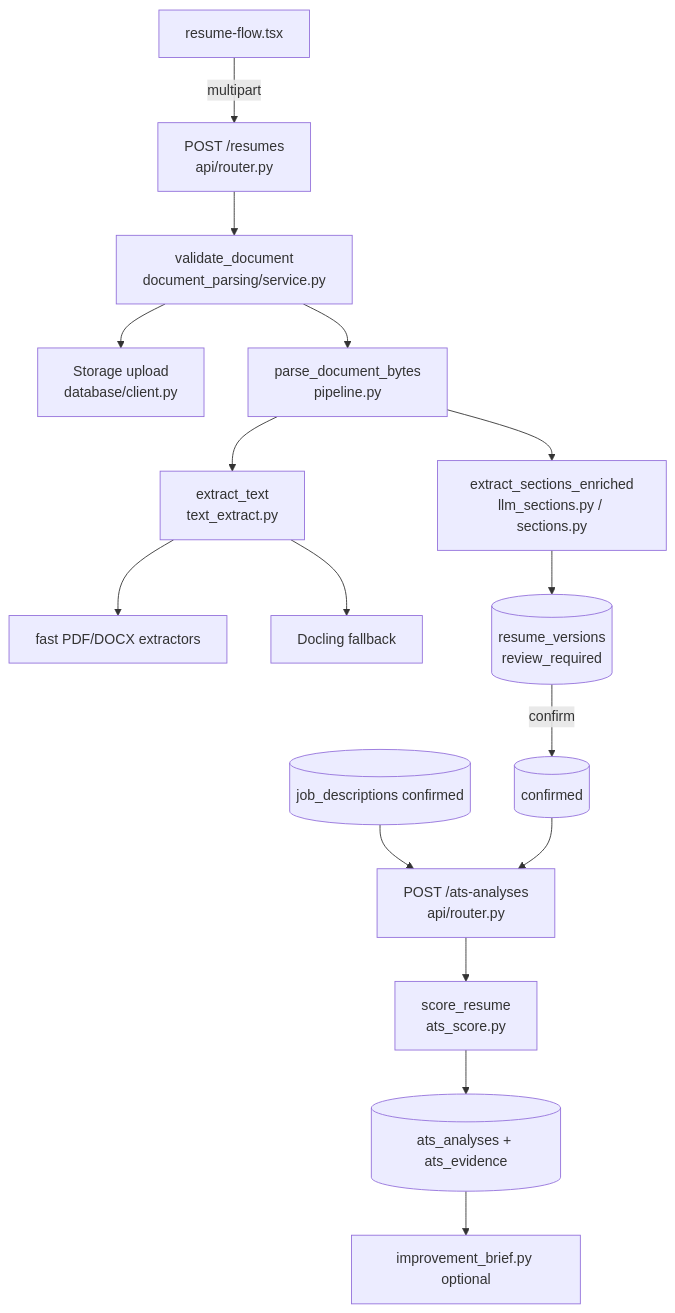
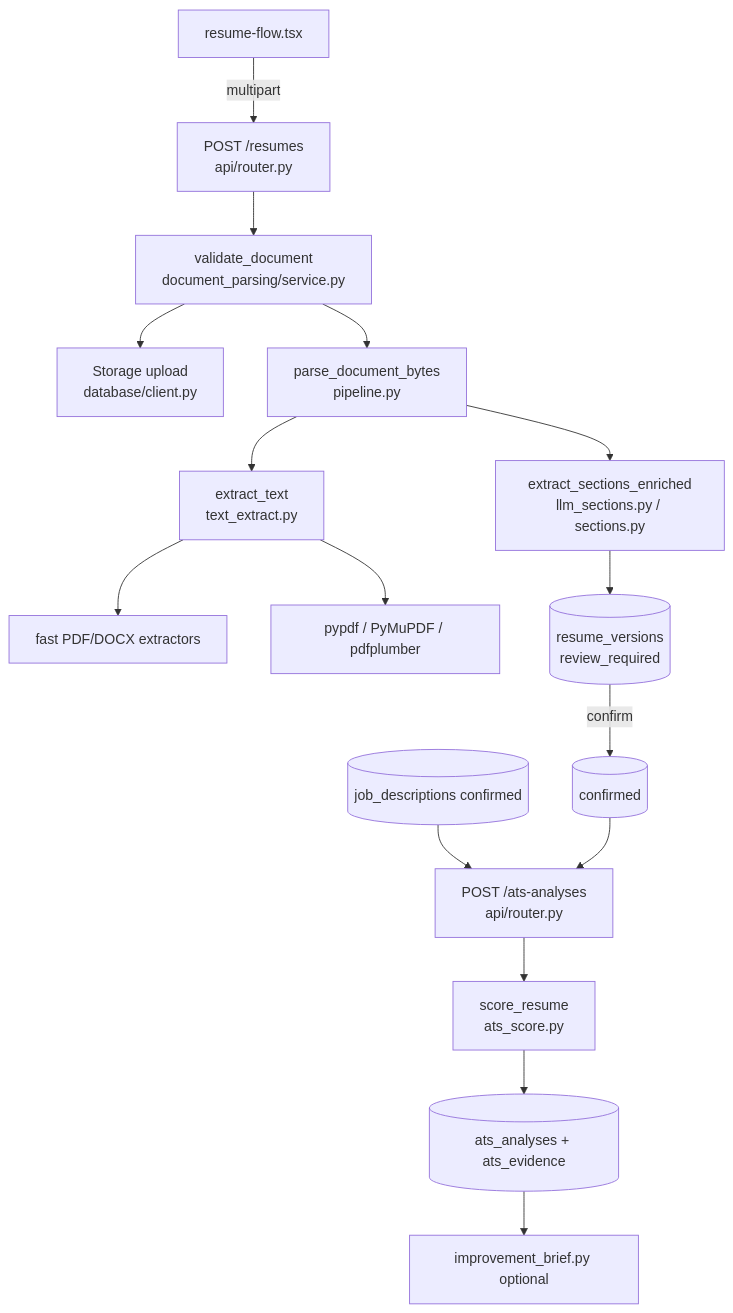
Before and after one commit to RonakkudalAI/AI-Career-Copilot: the fourth of 5 diagrams in docs/diagrams.md, drawn with Mermaid. The commit also changed other lines of this file and 47 other files, not shown here.

````diff
--- a/docs/diagrams.md
+++ b/docs/diagrams.md
@@ -202,18 +202,18 @@
 ```mermaid
 flowchart TB
   UI["resume-flow.tsx"] -->|multipart| R["POST /resumes<br/>api/router.py"]
   R --> V["validate_document<br/>document_parsing/service.py"]
   V --> U["Storage upload<br/>database/client.py"]
   V --> P["parse_document_bytes<br/>pipeline.py"]
   P --> T["extract_text<br/>text_extract.py"]
   T --> T1["fast PDF/DOCX extractors"]
-  T --> T2["Docling fallback"]
+  T --> T2["pypdf / PyMuPDF / pdfplumber"]
   P --> S["extract_sections_enriched<br/>llm_sections.py / sections.py"]
   S --> RV[("resume_versions<br/>review_required")]
   RV -->|confirm| CF[("confirmed")]
   JD[("job_descriptions confirmed")] --> ATS
   CF --> ATS["POST /ats-analyses<br/>api/router.py"]
   ATS --> SC["score_resume<br/>ats_score.py"]
   SC --> AE[("ats_analyses + ats_evidence")]
   AE --> BR["improvement_brief.py optional"]
 ```
````
